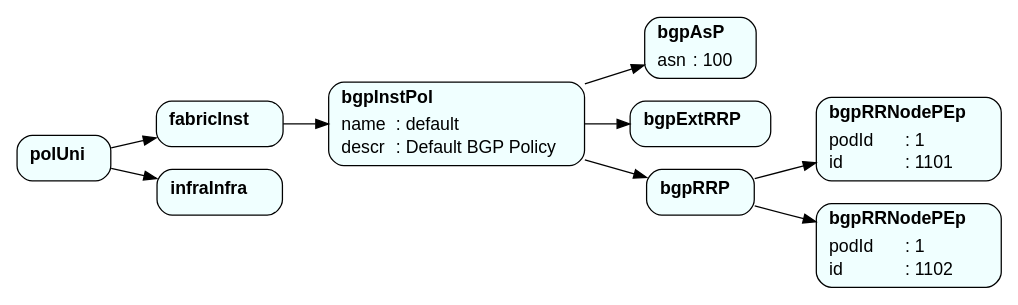
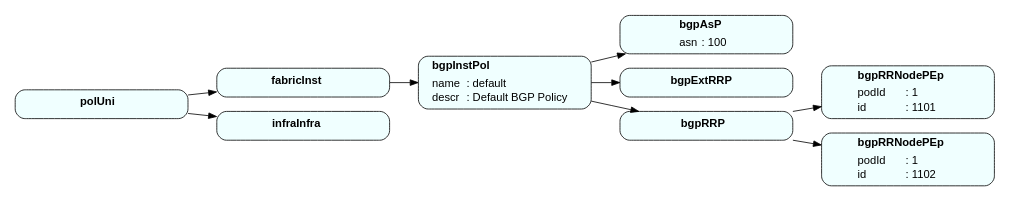
The diagram in example/bgp.dot (cubinet-code/aci2dot), drawn with Graphviz before and after one commit. The commit also changed 4 other files, not shown here.

```diff
--- a/example/bgp.dot
+++ b/example/bgp.dot
@@ -1,23 +1,23 @@
 // datetimePol
 digraph {
-	graph [bgcolor=white nodesep=0.25 rankdir=LR ranksep=0.5 ratio=auto size=8.27 splines=true]
-	node [fillcolor=AZURE fontname=Helvetica shape=box style="rounded,filled"]
+	graph [bgcolor=white nodesep=0.25 rankdir=LR ranksep=0.5 ratio=compress size=8.27 splines=true]
+	node [fillcolor=AZURE fontname=Helvetica shape=box style="rounded,filled" width=3]
 	edge [arrowsize=1]
 	polUni0 [label=<<TABLE BORDER="0" CELLBORDER="0" CELLSPACING="1" CELLPADDING="1"><TR><TD ALIGN="LEFT" COLSPAN="2"><B>polUni</B></TD><TD></TD></TR><TR><TD></TD><TD></TD></TR></TABLE>>]
 	polUni0 -> fabricInst1
 	fabricInst1 [label=<<TABLE BORDER="0" CELLBORDER="0" CELLSPACING="1" CELLPADDING="1"><TR><TD ALIGN="LEFT" COLSPAN="2"><B>fabricInst</B></TD><TD></TD></TR><TR><TD></TD><TD></TD></TR></TABLE>>]
 	fabricInst1 -> bgpInstPol1
 	bgpInstPol1 [label=<<TABLE BORDER="0" CELLBORDER="0" CELLSPACING="1" CELLPADDING="1"><TR><TD ALIGN="LEFT" COLSPAN="2"><B>bgpInstPol</B></TD><TD></TD></TR><TR><TD></TD><TD></TD></TR><TR><TD ALIGN="LEFT">name</TD><TD ALIGN="LEFT">: default</TD></TR><TR><TD ALIGN="LEFT">descr</TD><TD ALIGN="LEFT">: Default BGP Policy</TD></TR></TABLE>>]
 	bgpInstPol1 -> bgpAsP1
 	bgpAsP1 [label=<<TABLE BORDER="0" CELLBORDER="0" CELLSPACING="1" CELLPADDING="1"><TR><TD ALIGN="LEFT" COLSPAN="2"><B>bgpAsP</B></TD><TD></TD></TR><TR><TD></TD><TD></TD></TR><TR><TD ALIGN="LEFT">asn</TD><TD ALIGN="LEFT">: 100</TD></TR></TABLE>>]
 	bgpInstPol1 -> bgpExtRRP2
 	bgpExtRRP2 [label=<<TABLE BORDER="0" CELLBORDER="0" CELLSPACING="1" CELLPADDING="1"><TR><TD ALIGN="LEFT" COLSPAN="2"><B>bgpExtRRP</B></TD><TD></TD></TR><TR><TD></TD><TD></TD></TR></TABLE>>]
 	bgpInstPol1 -> bgpRRP3
 	bgpRRP3 [label=<<TABLE BORDER="0" CELLBORDER="0" CELLSPACING="1" CELLPADDING="1"><TR><TD ALIGN="LEFT" COLSPAN="2"><B>bgpRRP</B></TD><TD></TD></TR><TR><TD></TD><TD></TD></TR></TABLE>>]
 	bgpRRP3 -> bgpRRNodePEp1
 	bgpRRNodePEp1 [label=<<TABLE BORDER="0" CELLBORDER="0" CELLSPACING="1" CELLPADDING="1"><TR><TD ALIGN="LEFT" COLSPAN="2"><B>bgpRRNodePEp</B></TD><TD></TD></TR><TR><TD></TD><TD></TD></TR><TR><TD ALIGN="LEFT">podId</TD><TD ALIGN="LEFT">: 1</TD></TR><TR><TD ALIGN="LEFT">id</TD><TD ALIGN="LEFT">: 1101</TD></TR></TABLE>>]
 	bgpRRP3 -> bgpRRNodePEp2
 	bgpRRNodePEp2 [label=<<TABLE BORDER="0" CELLBORDER="0" CELLSPACING="1" CELLPADDING="1"><TR><TD ALIGN="LEFT" COLSPAN="2"><B>bgpRRNodePEp</B></TD><TD></TD></TR><TR><TD></TD><TD></TD></TR><TR><TD ALIGN="LEFT">podId</TD><TD ALIGN="LEFT">: 1</TD></TR><TR><TD ALIGN="LEFT">id</TD><TD ALIGN="LEFT">: 1102</TD></TR></TABLE>>]
 	polUni0 -> infraInfra2
 	infraInfra2 [label=<<TABLE BORDER="0" CELLBORDER="0" CELLSPACING="1" CELLPADDING="1"><TR><TD ALIGN="LEFT" COLSPAN="2"><B>infraInfra</B></TD><TD></TD></TR><TR><TD></TD><TD></TD></TR></TABLE>>]
 }
```
